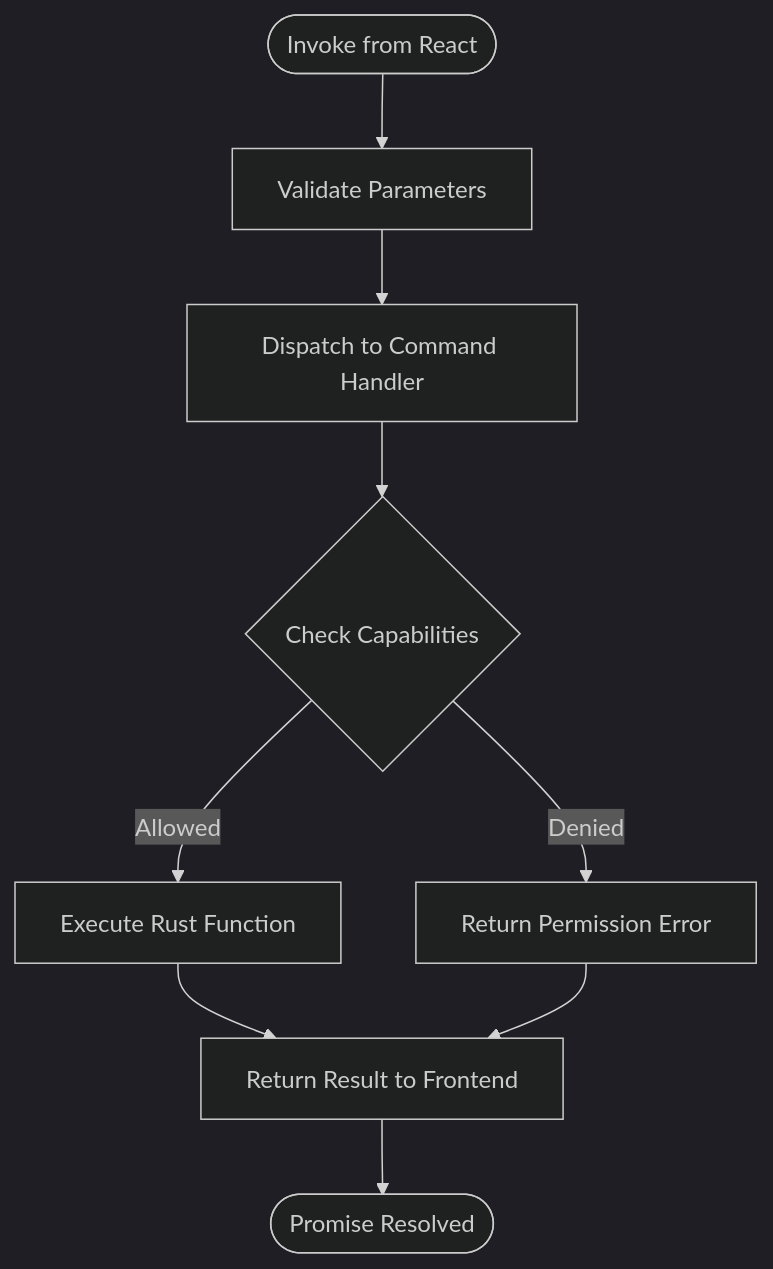
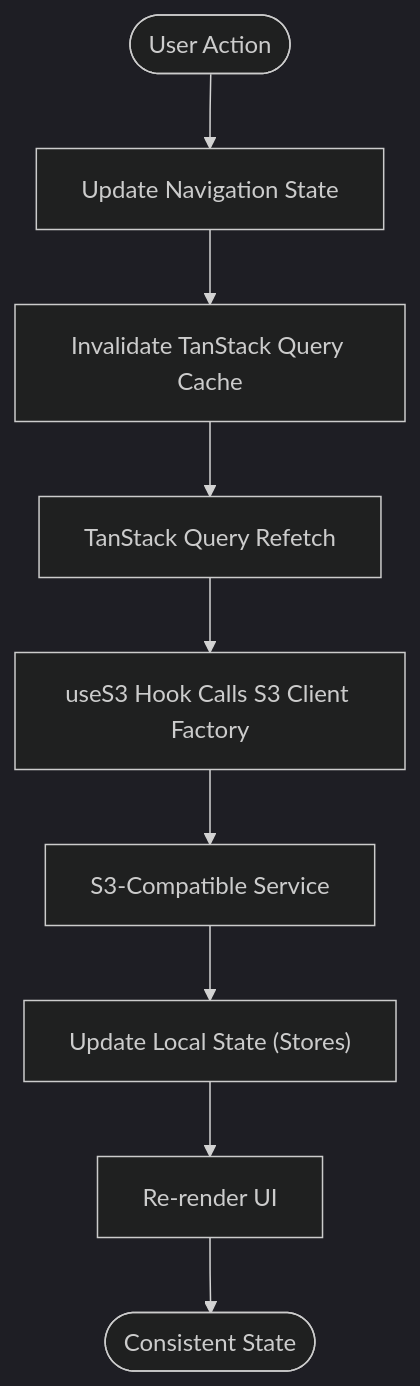
The seventh of 8 diagrams in .qoder/repowiki/en/content/Architecture Overview.md (nasrulhadi/s3-explorer), drawn with Mermaid (dark theme) before and after one commit. The commit also changed other lines of this file and 46 other files, not shown here.

````diff
--- a/.qoder/repowiki/en/content/Architecture Overview.md
+++ b/.qoder/repowiki/en/content/Architecture Overview.md
@@ -208,11 +293,11 @@
 ```mermaid
 flowchart TD
-Start(["Invoke from React"]) --> Validate["Validate Parameters"]
-Validate --> Dispatch["Dispatch to Command Handler"]
-Dispatch --> Permissions{"Check Capabilities"}
-Permissions --> |Allowed| Execute["Execute Rust Function"]
-Permissions --> |Denied| Deny["Return Permission Error"]
-Execute --> Result["Return Result to Frontend"]
-Deny --> Result
-Result --> End(["Promise Resolved"])
+Start(["User Action"]) --> Nav["Update Navigation State"]
+Nav --> Invalidate["Invalidate TanStack Query Cache"]
+Invalidate --> Fetch["TanStack Query Refetch"]
+Fetch --> S3Op["useS3 Hook Calls S3 Client Factory"]
+S3Op --> Remote["S3-Compatible Service"]
+Remote --> Update["Update Local State (Stores)"]
+Update --> UI["Re-render UI"]
+UI --> End(["Consistent State"])
 ```
````
